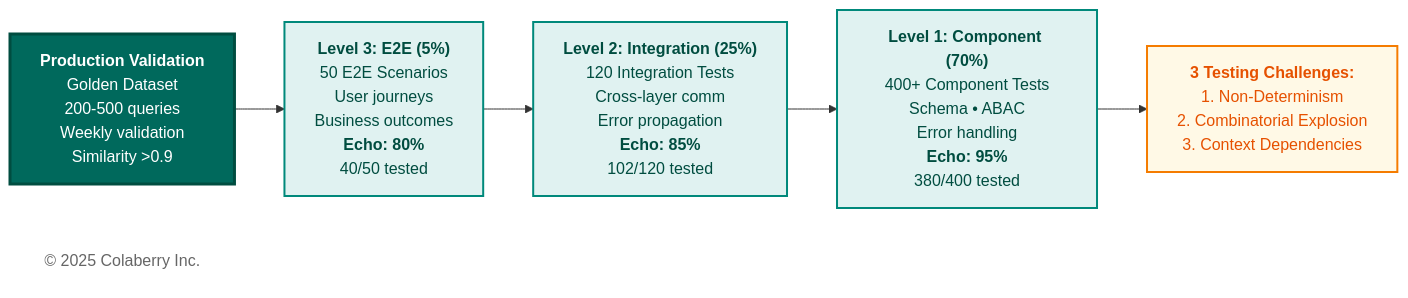
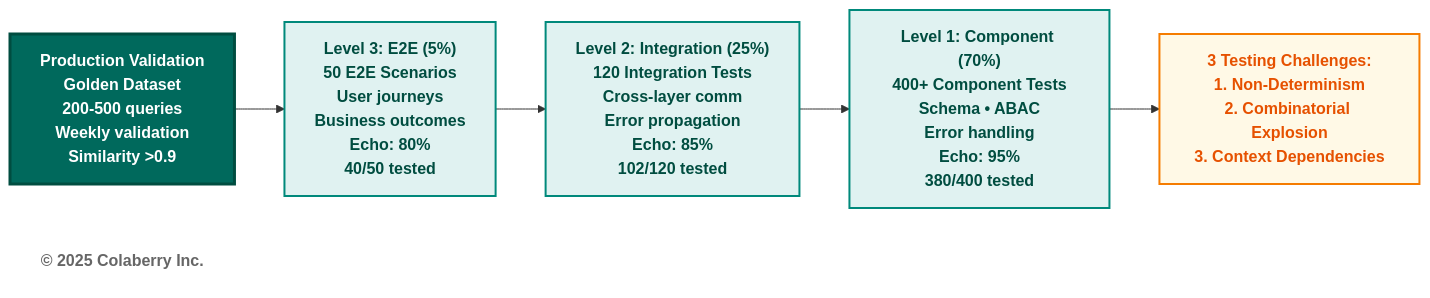
One commit to colaberry/enterprise-data-readiness-ai-agents changed diagram 13 of 18 in chapter-01/chapter_1_complete.md. Above: the diagram before and after it, drawn with Mermaid. The commit also changed other lines of this file and 1 other file, not shown here.

First line of the commit message:
chapter 1 diagrams updated to mermaid codex

````diff
--- a/chapter-01/chapter_1_complete.md
+++ b/chapter-01/chapter_1_complete.md
@@ -1963,23 +1909,23 @@
 ```mermaid
 graph LR
-    PROD["<b>Production Validation</b><br/>Golden Dataset<br/>200-500 queries<br/>Weekly validation<br/>Similarity >0.9"]
+    PROD["<b>Production Validation</b><br/><b>Golden Dataset</b><br/><b>200-500 queries</b><br/><b>Weekly validation</b><br/><b>Similarity >0.9</b>"]
     
-    E2E["<b>Level 3: E2E (5%)</b><br/>50 E2E Scenarios<br/>User journeys<br/>Business outcomes<br/><b>Echo: 80%</b><br/>40/50 tested"]
+    E2E["<b>Level 3: E2E (5%)</b><br/><b>50 E2E Scenarios</b><br/><b>User journeys</b><br/><b>Business outcomes</b><br/><b>Echo: 80%</b><br/><b>40/50 tested</b>"]
     
-    INT["<b>Level 2: Integration (25%)</b><br/>120 Integration Tests<br/>Cross-layer comm<br/>Error propagation<br/><b>Echo: 85%</b><br/>102/120 tested"]
+    INT["<b>Level 2: Integration (25%)</b><br/><b>120 Integration Tests</b><br/><b>Cross-layer comm</b><br/><b>Error propagation</b><br/><b>Echo: 85%</b><br/><b>102/120 tested</b>"]
     
-    UNIT["<b>Level 1: Component (70%)</b><br/>400+ Component Tests<br/>Schema • ABAC<br/>Error handling<br/><b>Echo: 95%</b><br/>380/400 tested"]
+    UNIT["<b>Level 1: Component (70%)</b><br/><b>400+ Component Tests</b><br/><b>Schema • ABAC</b><br/><b>Error handling</b><br/><b>Echo: 95%</b><br/><b>380/400 tested</b>"]
     
-    CHALLENGE["<b>3 Testing Challenges:</b><br/>1. Non-Determinism<br/>2. Combinatorial Explosion<br/>3. Context Dependencies"]
+    CHALLENGE["<b>3 Testing Challenges:</b><br/><b>1. Non-Determinism</b><br/><b>2. Combinatorial Explosion</b><br/><b>3. Context Dependencies</b>"]
     
     PROD --> E2E --> INT --> UNIT --> CHALLENGE
     
     style PROD fill:#00695c,color:#ffffff,stroke:#004d40,stroke-width:3px
     style E2E fill:#e0f2f1,stroke:#00897b,stroke-width:2px,color:#004d40
     style INT fill:#e0f2f1,stroke:#00897b,stroke-width:2px,color:#004d40
     style UNIT fill:#e0f2f1,stroke:#00897b,stroke-width:2px,color:#004d40
     style CHALLENGE fill:#fff9e6,stroke:#f57c00,stroke-width:2px,color:#e65100
     
-    Copyright["© 2025 Colaberry Inc."]
+    Copyright["<b>© 2025 Colaberry Inc.</b>"]
     style Copyright fill:#ffffff,stroke:none,color:#666666
 ```
````
